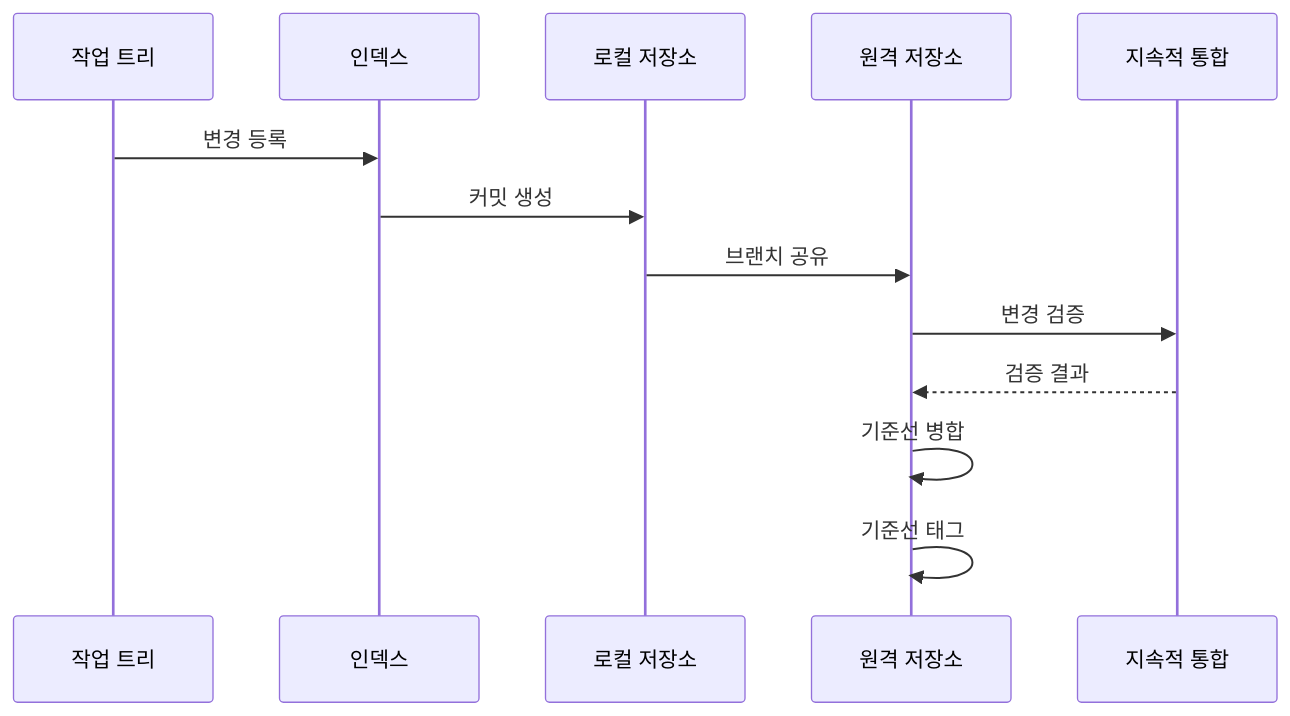
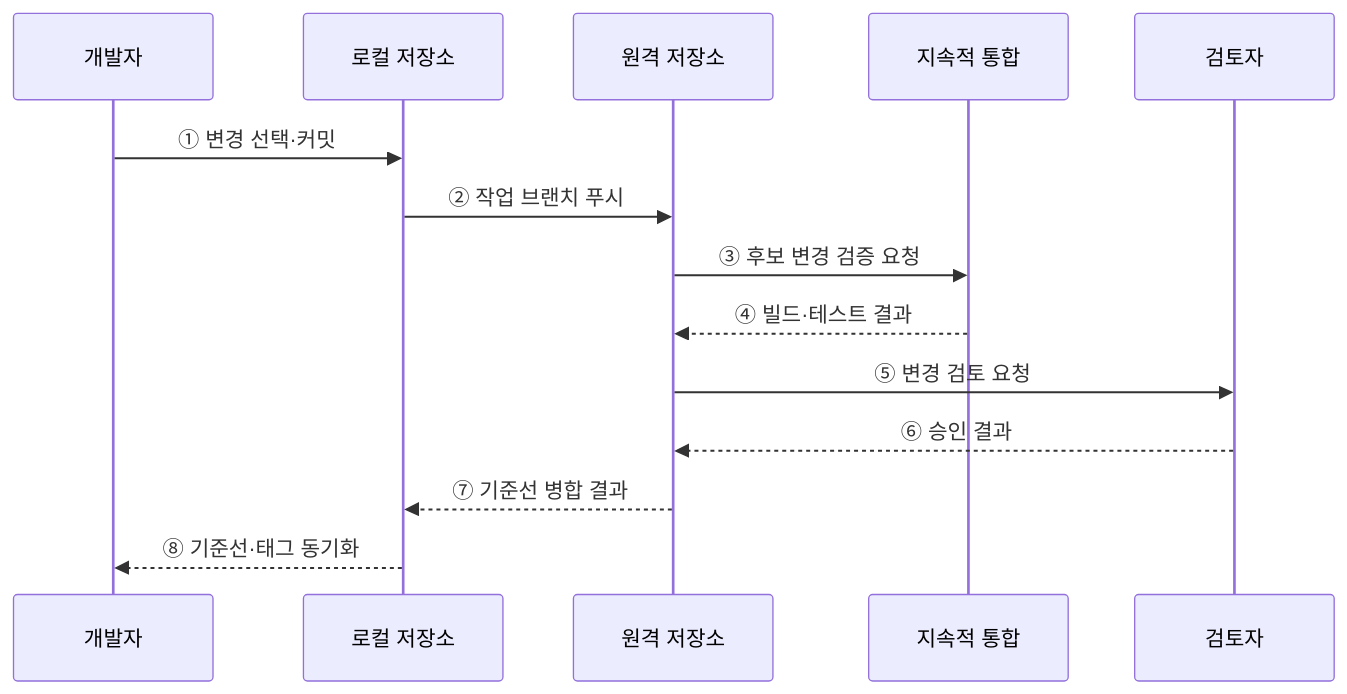
One commit to agnusdei1207/knowledge-base changed the second of 2 diagrams in src/content/docs/notes/03-software/052_configuration_management_git.md. Above: the diagram before and after it, drawn with Mermaid. The commit also changed other lines of this file and 20 other files, not shown here.

````diff
--- a/src/content/docs/notes/03-software/052_configuration_management_git.md
+++ b/src/content/docs/notes/03-software/052_configuration_management_git.md
@@ -94,15 +84,16 @@
 ```mermaid
 sequenceDiagram
-    participant W as 작업 트리
-    participant I as 인덱스
+    participant D as 개발자
     participant L as 로컬 저장소
     participant R as 원격 저장소
     participant C as 지속적 통합
-    W->>I: 변경 등록
-    I->>L: 커밋 생성
-    L->>R: 브랜치 공유
-    R->>C: 변경 검증
-    C-->>R: 검증 결과
-    R->>R: 기준선 병합
-    R->>R: 기준선 태그
+    participant A as 검토자
+    D->>L: ① 변경 선택·커밋
+    L->>R: ② 작업 브랜치 푸시
+    R->>C: ③ 후보 변경 검증 요청
+    C-->>R: ④ 빌드·테스트 결과
+    R->>A: ⑤ 변경 검토 요청
+    A-->>R: ⑥ 승인 결과
+    R-->>L: ⑦ 기준선 병합 결과
+    L-->>D: ⑧ 기준선·태그 동기화
 ```
````
